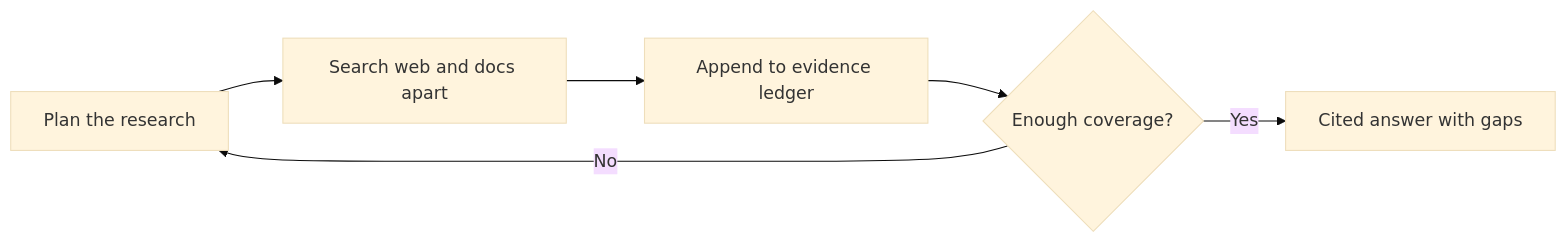
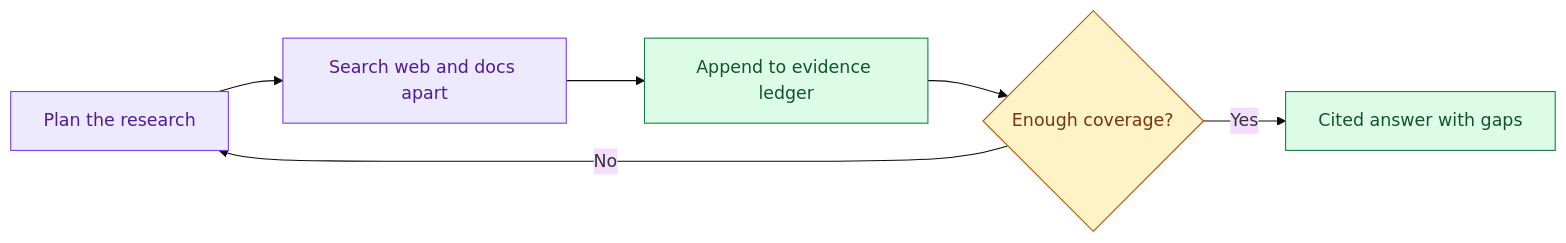
Before and after one commit to Sourav692/Forward-Deployed-Engineer-Interview-Prep: the diagram in site/case-pages/deep-research-agent/introduction.md, drawn with Mermaid (base theme). The commit also changed other lines of this file and 1268 other files, not shown here.

First line of the commit message:
content: polish Casebook writing and Mermaid diagrams (#251)

````diff
--- a/site/case-pages/deep-research-agent/introduction.md
+++ b/site/case-pages/deep-research-agent/introduction.md
@@ -13,8 +18,16 @@
 ```mermaid
 flowchart LR
   A[Plan the research] --> B[Search web and docs apart]
   B --> C[Append to evidence ledger]
   C --> D{Enough coverage?}
   D -->|No| A
   D -->|Yes| E[Cited answer with gaps]
+
+    %% Casebook colours: entry, reasoning, results, controls, and stopped paths.
+    classDef cbReason fill:#ede9fe,stroke:#7c3aed,color:#4c1d95
+    class A,B cbReason
+    classDef cbAction fill:#dcfce7,stroke:#15803d,color:#14532d
+    class C,E cbAction
+    classDef cbPolicy fill:#fef3c7,stroke:#b45309,color:#78350f
+    class D cbPolicy
 ```
````
